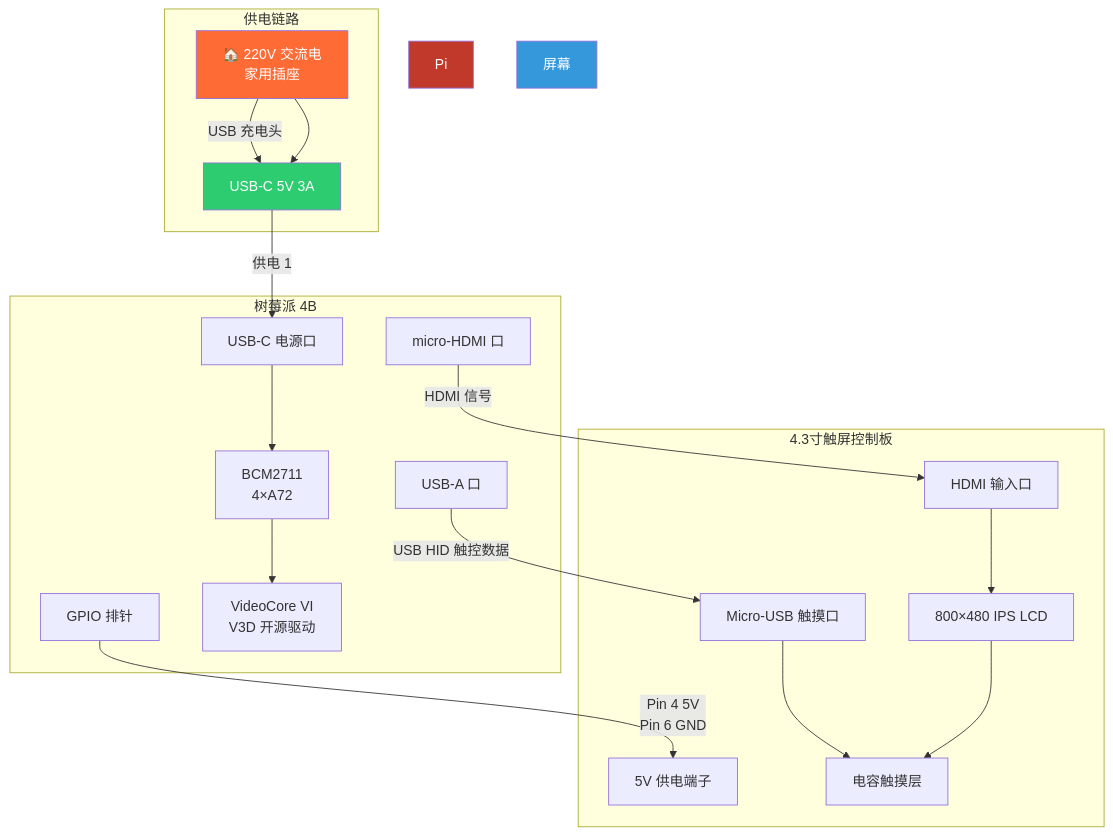
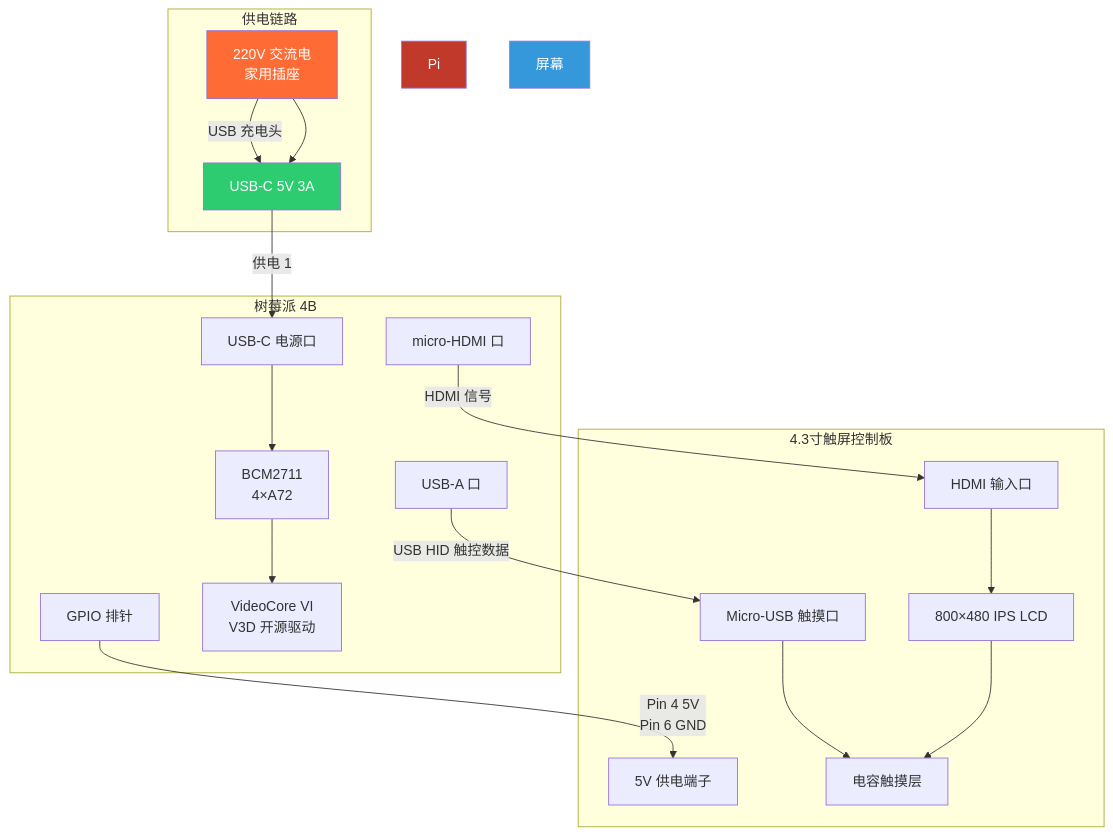
The first of 5 diagrams in linux/distro/arch/diy-tablet-guide.md (missercatos/RootStack), drawn with Mermaid before and after one commit. The commit also changed other lines of this file and 605 other files, not shown here.

````diff
--- a/linux/distro/arch/diy-tablet-guide.md
+++ b/linux/distro/arch/diy-tablet-guide.md
@@ -30,39 +30,39 @@
 ```mermaid
 graph TB
-    subgraph 供电链路
-        AC[🏠 220V 交流电<br/>家用插座] -->|USB 充电头| USBC[USB-C 5V 3A]
-    end
+ subgraph 供电链路
+ AC[ 220V 交流电<br/>家用插座] -->|USB 充电头| USBC[USB-C 5V 3A]
+ end
 
-    subgraph 树莓派 4B
-        PWR[USB-C 电源口]
-        HDMI[micro-HDMI 口]
-        USB[USB-A 口]
-        GPIO[GPIO 排针]
-        CPU[BCM2711<br/>4×A72]
-        GPU[VideoCore VI<br/>V3D 开源驱动]
-    end
+ subgraph 树莓派 4B
+ PWR[USB-C 电源口]
+ HDMI[micro-HDMI 口]
+ USB[USB-A 口]
+ GPIO[GPIO 排针]
+ CPU[BCM2711<br/>4×A72]
+ GPU[VideoCore VI<br/>V3D 开源驱动]
+ end
 
-    subgraph 4.3寸触屏控制板
-        HDMI_IN[HDMI 输入口]
-        TOUCH[Micro-USB 触摸口]
-        PWR_IN[5V 供电端子]
-        LCD[800×480 IPS LCD]
-        TP[电容触摸层]
-    end
+ subgraph 4.3寸触屏控制板
+ HDMI_IN[HDMI 输入口]
+ TOUCH[Micro-USB 触摸口]
+ PWR_IN[5V 供电端子]
+ LCD[800×480 IPS LCD]
+ TP[电容触摸层]
+ end
 
-    AC --> USBC
-    USBC -->|供电 1| PWR
-    GPIO -->|Pin 4 5V<br/>Pin 6 GND| PWR_IN
-    HDMI -->|HDMI 信号| HDMI_IN
-    USB -->|USB HID 触控数据| TOUCH
-    PWR --> CPU
-    CPU --> GPU
-    HDMI_IN --> LCD
-    TOUCH --> TP
-    LCD --> TP
+ AC --> USBC
+ USBC -->|供电 1| PWR
+ GPIO -->|Pin 4 5V<br/>Pin 6 GND| PWR_IN
+ HDMI -->|HDMI 信号| HDMI_IN
+ USB -->|USB HID 触控数据| TOUCH
+ PWR --> CPU
+ CPU --> GPU
+ HDMI_IN --> LCD
+ TOUCH --> TP
+ LCD --> TP
 
-    style AC fill:#ff6b35,color:#fff
-    style USBC fill:#2ecc71,color:#fff
-    style Pi fill:#c0392b,color:#fff
-    style 屏幕 fill:#3498db,color:#fff
+ style AC fill:#ff6b35,color:#fff
+ style USBC fill:#2ecc71,color:#fff
+ style Pi fill:#c0392b,color:#fff
+ style 屏幕 fill:#3498db,color:#fff
 ```
````
